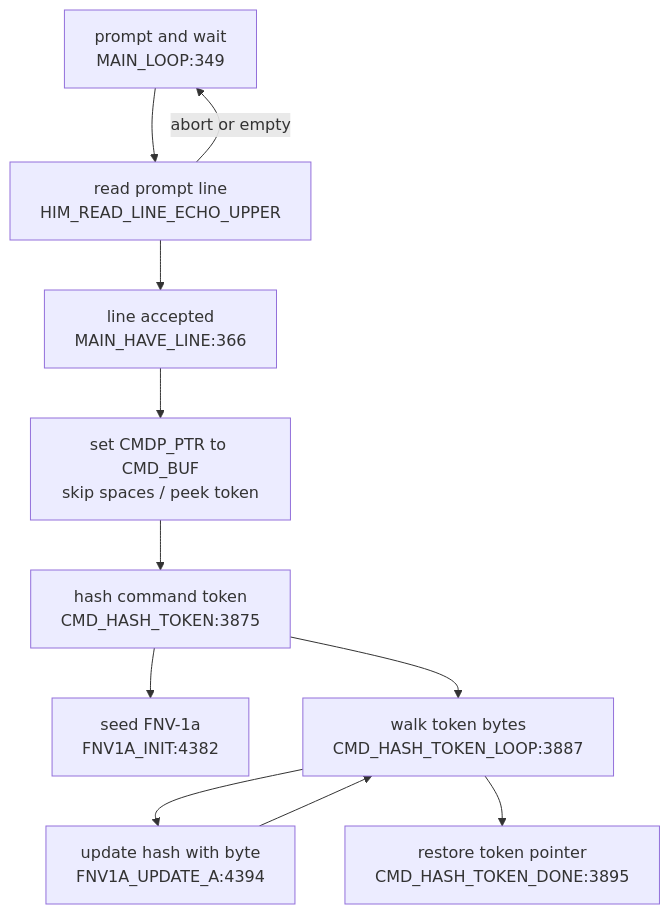
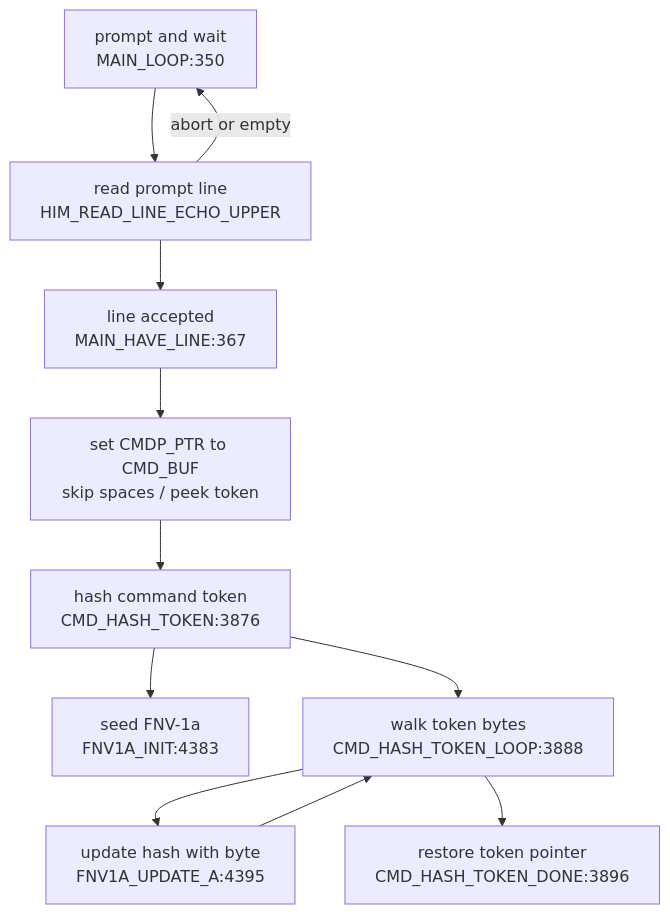
One commit to 95westus/R-YORS changed the second of 4 diagrams in DOC/GENERATED/CMD_FLOW_MAP.md. Above: the diagram before and after it, drawn with Mermaid. The commit also changed other lines of this file and 58 other files, not shown here.

````diff
--- a/DOC/GENERATED/CMD_FLOW_MAP.md
+++ b/DOC/GENERATED/CMD_FLOW_MAP.md
@@ -24,13 +24,13 @@
 ```mermaid
 flowchart TD
-    LOOP["prompt and wait<br/>MAIN_LOOP:349"] --> READ["read prompt line<br/>HIM_READ_LINE_ECHO_UPPER"]
-    READ --> HAVE["line accepted<br/>MAIN_HAVE_LINE:366"]
+    LOOP["prompt and wait<br/>MAIN_LOOP:350"] --> READ["read prompt line<br/>HIM_READ_LINE_ECHO_UPPER"]
+    READ --> HAVE["line accepted<br/>MAIN_HAVE_LINE:367"]
     READ -->|abort or empty| LOOP
     HAVE --> PREP["set CMDP_PTR to CMD_BUF<br/>skip spaces / peek token"]
-    PREP --> HASH["hash command token<br/>CMD_HASH_TOKEN:3875"]
-    HASH --> FNVINIT["seed FNV-1a<br/>FNV1A_INIT:4382"]
-    HASH --> HASHLOOP["walk token bytes<br/>CMD_HASH_TOKEN_LOOP:3887"]
-    HASHLOOP --> UPDATE["update hash with byte<br/>FNV1A_UPDATE_A:4394"]
+    PREP --> HASH["hash command token<br/>CMD_HASH_TOKEN:3876"]
+    HASH --> FNVINIT["seed FNV-1a<br/>FNV1A_INIT:4383"]
+    HASH --> HASHLOOP["walk token bytes<br/>CMD_HASH_TOKEN_LOOP:3888"]
+    HASHLOOP --> UPDATE["update hash with byte<br/>FNV1A_UPDATE_A:4395"]
     UPDATE --> HASHLOOP
-    HASHLOOP --> DONE["restore token pointer<br/>CMD_HASH_TOKEN_DONE:3895"]
+    HASHLOOP --> DONE["restore token pointer<br/>CMD_HASH_TOKEN_DONE:3896"]
 ```
````
